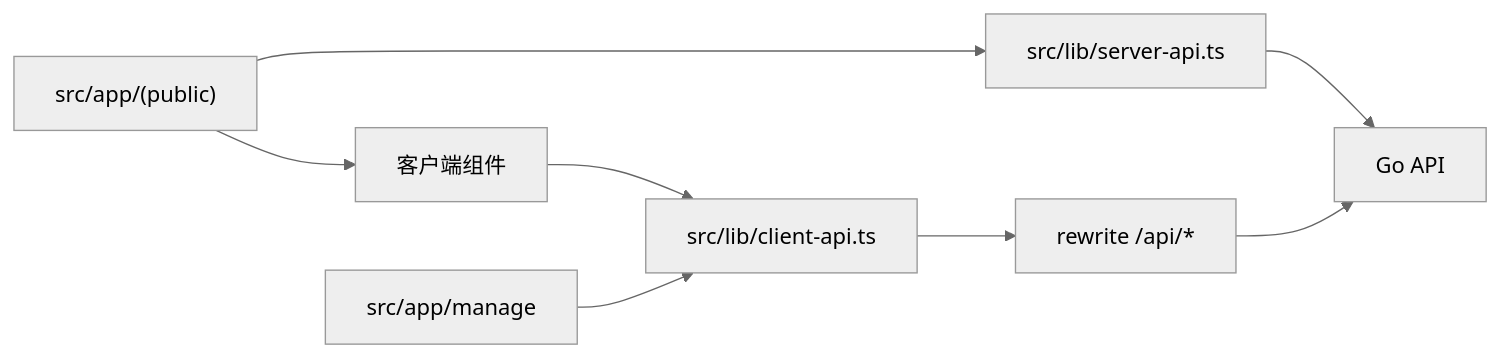
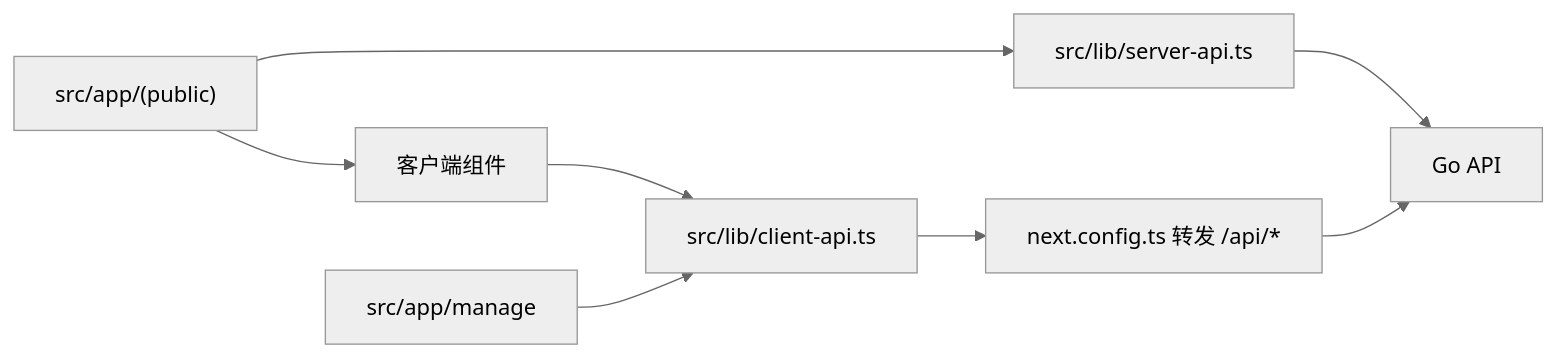
One commit to fe-spark/EcoHub changed the diagram in web/README.md. Above: the diagram before and after it, drawn with Mermaid (neutral theme). The commit also changed other lines of this file and 1 other file, not shown here.

````diff
--- a/web/README.md
+++ b/web/README.md
@@ -9,10 +13,10 @@
 ```mermaid
 flowchart LR
     Public["src/app/(public)"] --> ServerAPI["src/lib/server-api.ts"]
     Public --> ClientUI["客户端组件"]
     ClientUI --> ClientAPI["src/lib/client-api.ts"]
     Manage["src/app/manage"] --> ClientAPI
     ServerAPI --> Backend["Go API"]
-    ClientAPI --> Rewrite["rewrite /api/*"]
+    ClientAPI --> Rewrite["next.config.ts 转发 /api/*"]
     Rewrite --> Backend
 ```
````
